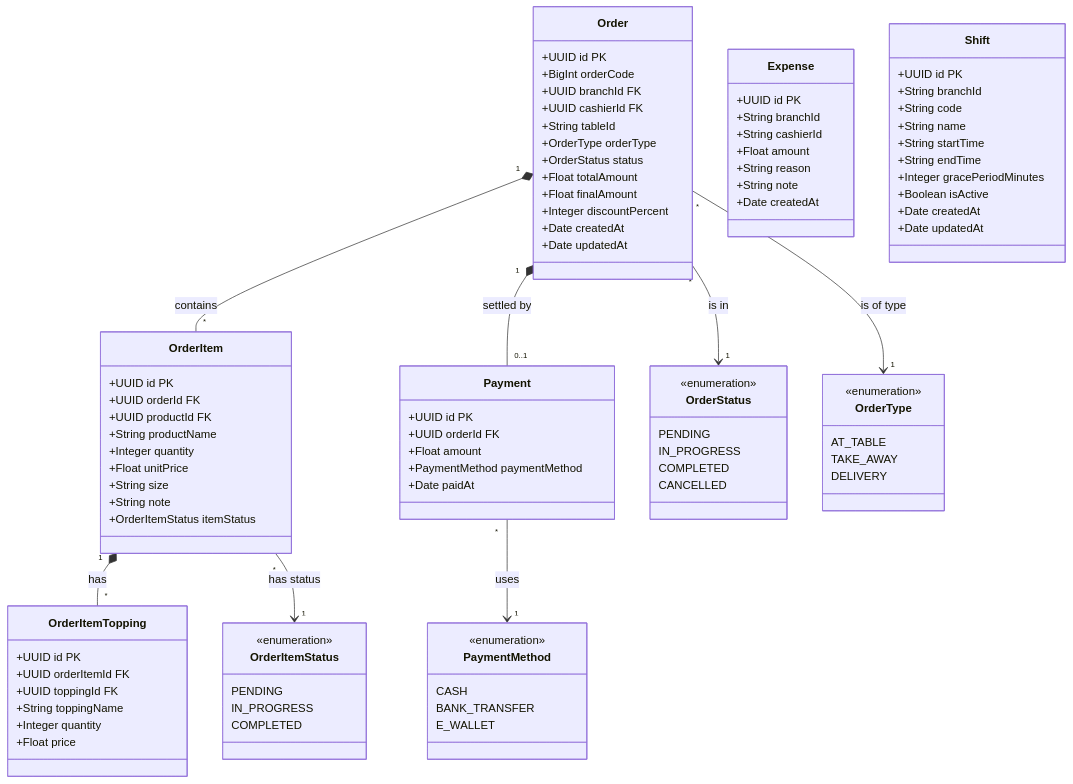
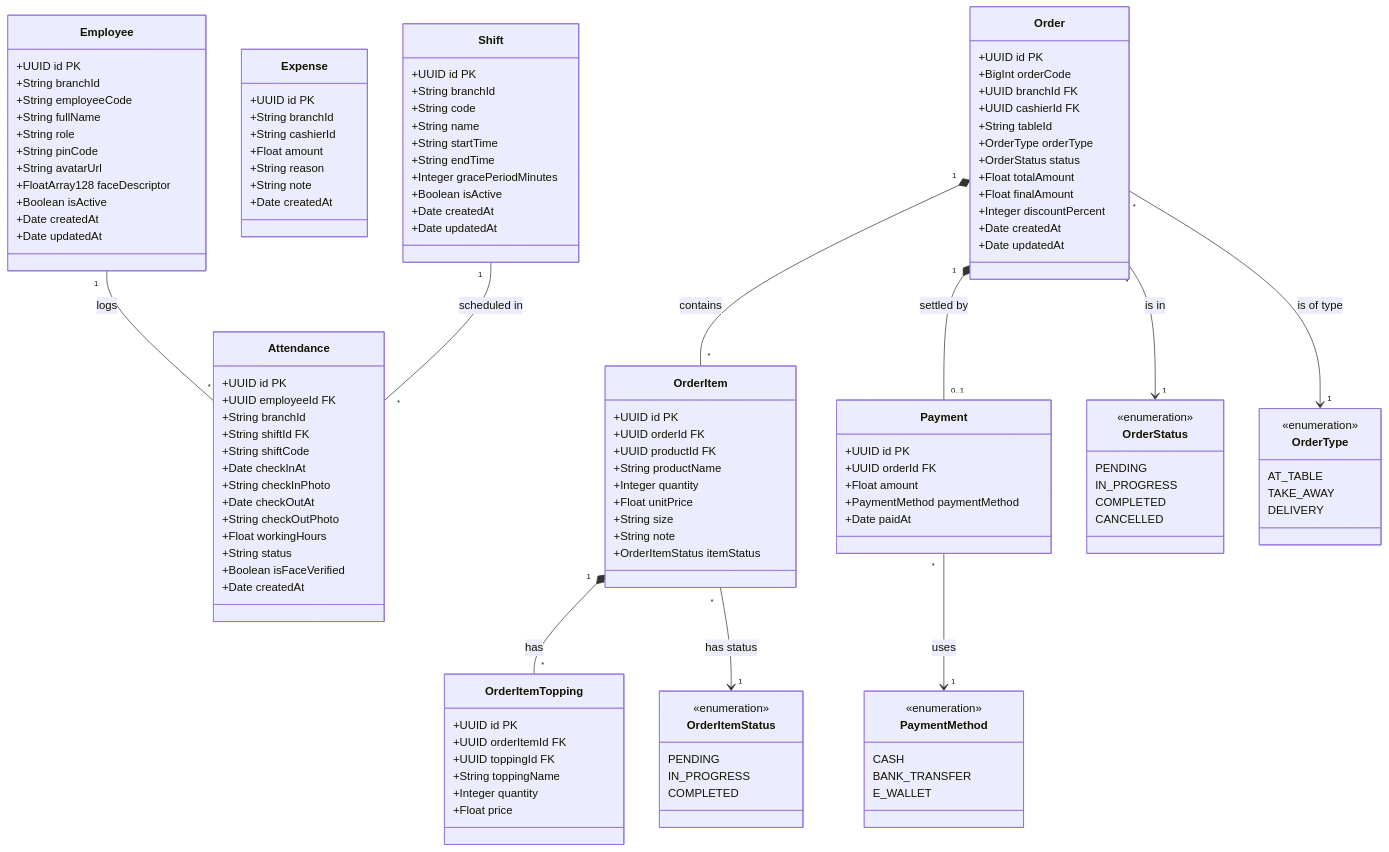
The third of 5 diagrams in docs/CLASS_DIAGRAMS.md (pnwang1704/KLTN_N70), drawn with Mermaid before and after one commit. The commit also changed other lines of this file and 5 other files, not shown here.

First line of the commit message:
docs: synchronize README and technical documentation with employee & biometric attendance module

````diff
--- a/docs/CLASS_DIAGRAMS.md
+++ b/docs/CLASS_DIAGRAMS.md
@@ -112,6 +119,36 @@
         +Boolean isActive
         +Date createdAt
         +Date updatedAt
+    }
+
+    class Employee {
+        +UUID id PK
+        +String branchId
+        +String employeeCode
+        +String fullName
+        +String role
+        +String pinCode
+        +String avatarUrl
+        +FloatArray128 faceDescriptor
+        +Boolean isActive
+        +Date createdAt
+        +Date updatedAt
+    }
+
+    class Attendance {
+        +UUID id PK
+        +UUID employeeId FK
+        +String branchId
+        +String shiftId FK
+        +String shiftCode
+        +Date checkInAt
+        +String checkInPhoto
+        +Date checkOutAt
+        +String checkOutPhoto
+        +Float workingHours
+        +String status
+        +Boolean isFaceVerified
+        +Date createdAt
     }
 
     class OrderItem {
@@ -179,4 +216,6 @@
     Order "*" --> "1" OrderType : is of type
     OrderItem "*" --> "1" OrderItemStatus : has status
     Payment "*" --> "1" PaymentMethod : uses
+    Employee "1" -- "*" Attendance : logs
+    Shift "1" -- "*" Attendance : scheduled in
 ```
````
